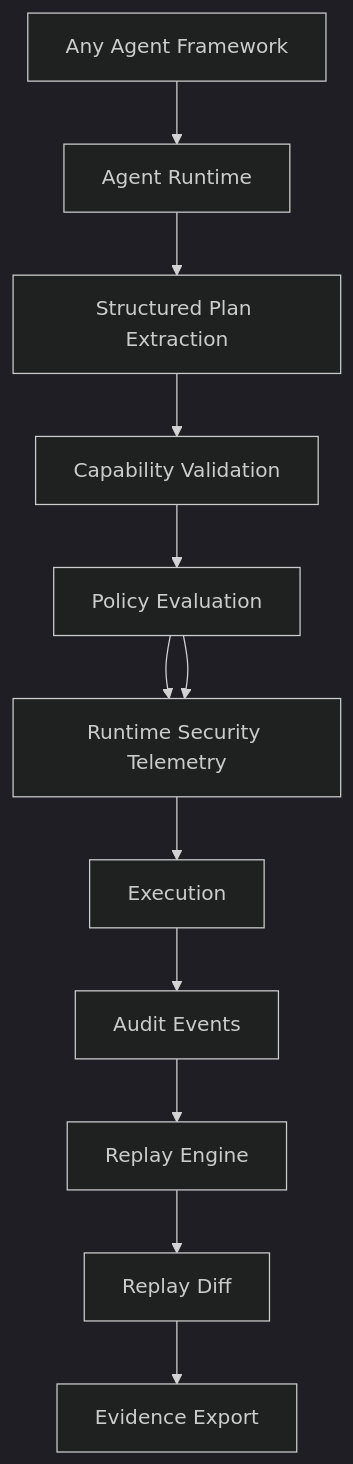
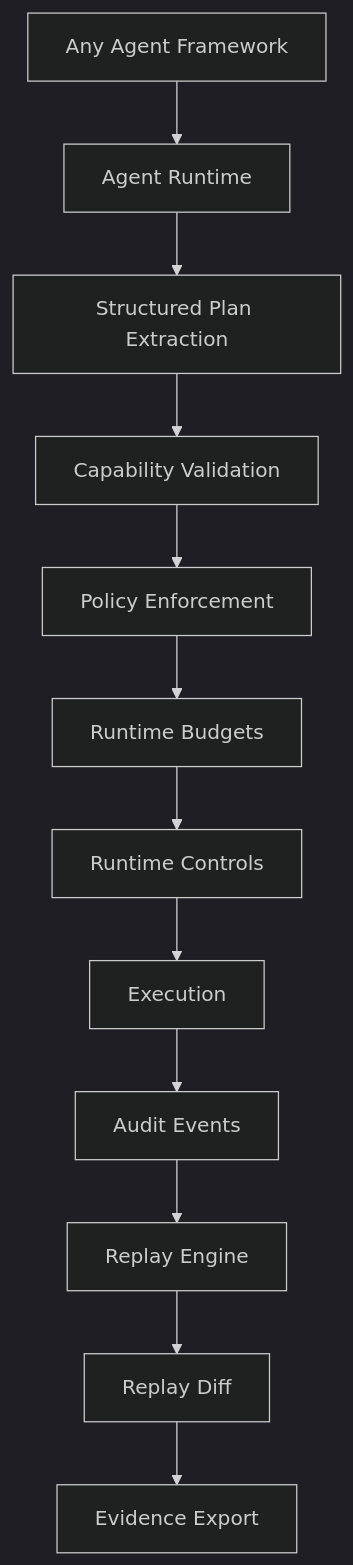
One commit to viplavfauzdar/aisecops-site changed the first of 4 diagrams in src/content/architecture.md. Above: the diagram before and after it, drawn with Mermaid (dark theme). The commit also changed other lines of this file and 9 other files, not shown here.

````diff
--- a/src/content/architecture.md
+++ b/src/content/architecture.md
@@ -30,18 +30,17 @@
 ```mermaid
 flowchart TD
 
 A[Any Agent Framework]
 
 A --> B[Agent Runtime]
 B --> C[Structured Plan Extraction]
 C --> D[Capability Validation]
-D --> E[Policy Evaluation]
-E --> F[Runtime Controls]
-F --> G[Execution]
-G --> H[Audit Events]
-H --> I[Replay Engine]
-I --> J[Replay Diff]
-J --> K[Evidence Export]
-
-E --> F[Runtime Security Telemetry]
+D --> E[Policy Enforcement]
+E --> F[Runtime Budgets]
+F --> G[Runtime Controls]
+G --> H[Execution]
+H --> I[Audit Events]
+I --> J[Replay Engine]
+J --> K[Replay Diff]
+K --> L[Evidence Export]
 ```
````
